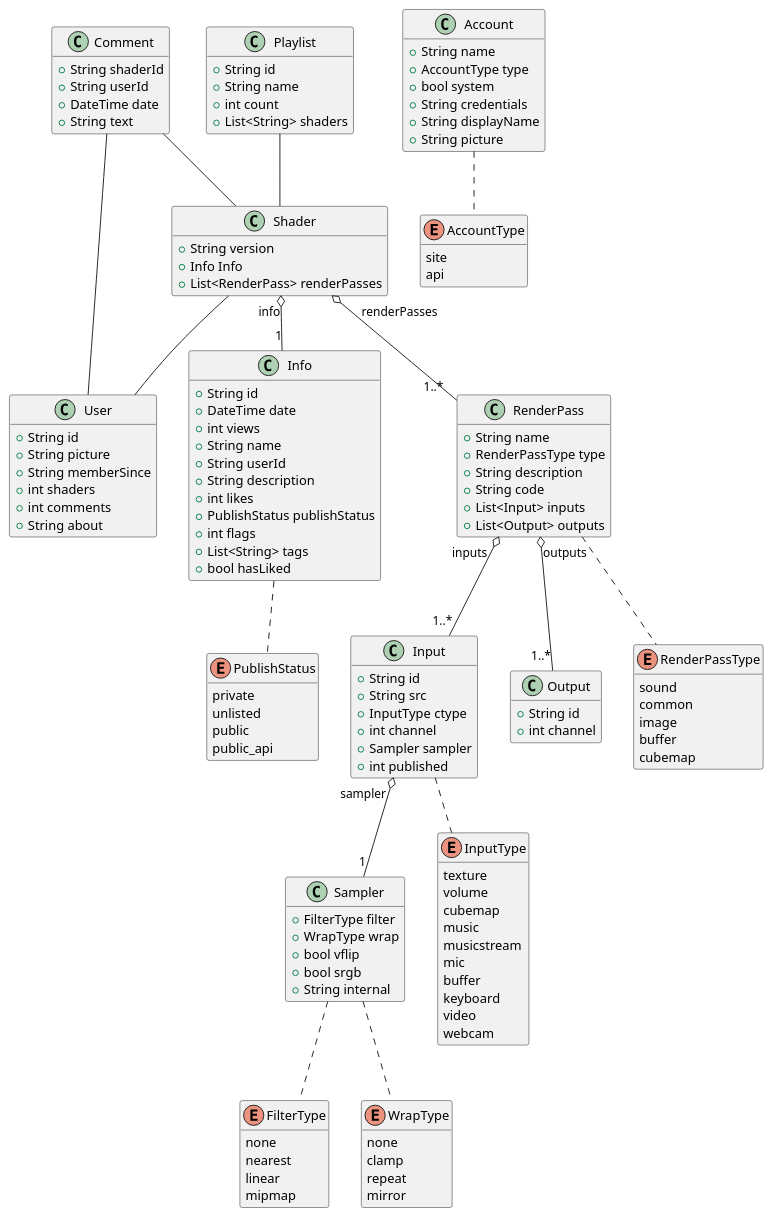
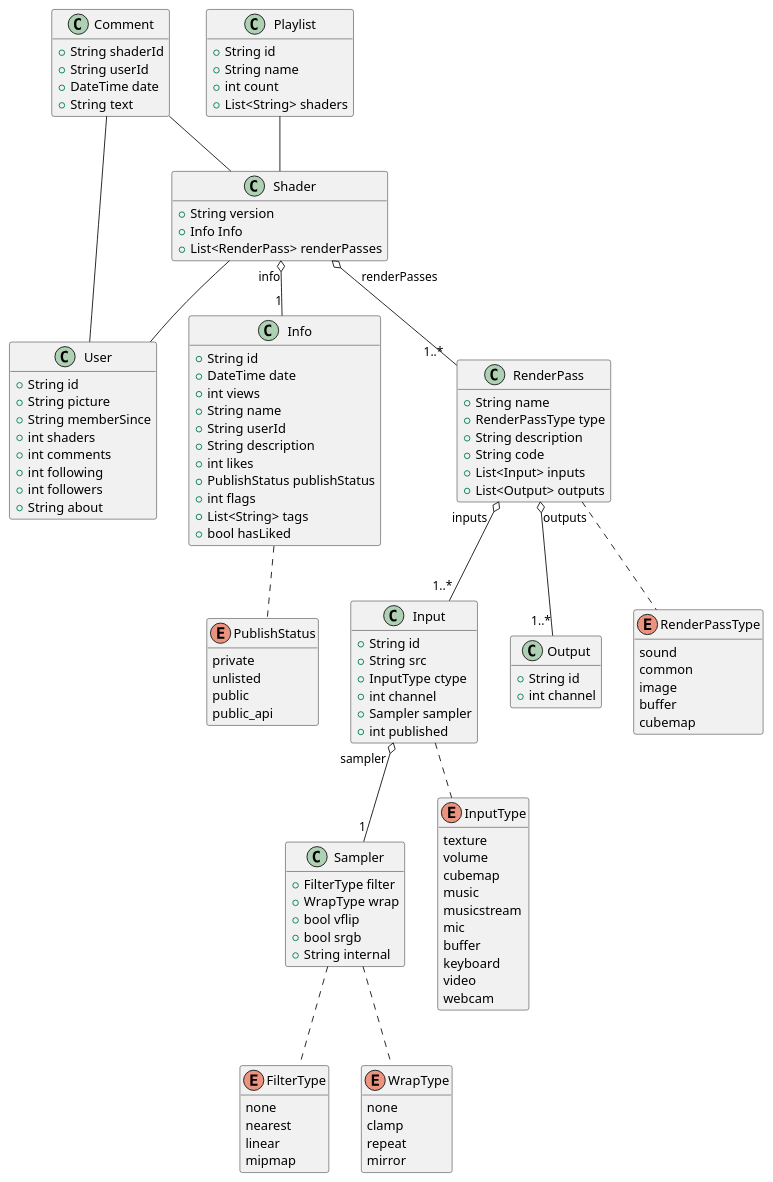
One commit to ivoleitao/shadertoy_api changed the diagram in model.pu. Above: the diagram before and after it, drawn with PlantUML. The commit also changed 32 other files, not shown here.

```diff
--- a/model.pu
+++ b/model.pu
@@ -1,155 +1,142 @@
 @startuml Shadertoy
 
 hide methods
 
 class User {
  +String id
  +String picture
  +String memberSince
  +int shaders
  +int comments 
+ +int following
+ +int followers
  +String about
-}
-
-enum AccountType {
-    site
-    api
-}
-
-class Account {
-    +String name
-    +AccountType type
-    +bool system
-    +String credentials
-    +String displayName
-    +String picture
 }
 
 class Comment {
     +String shaderId
     +String userId
     +DateTime date
     +String text
 }
 
 enum PublishStatus {
     private
     unlisted
     public
     public_api
 }
 
 class Info {
     +String id
     +DateTime date
     +int views 
     +String name
     +String userId
     +String description
     +int likes
     +PublishStatus publishStatus
     +int flags
     +List<String> tags
     +bool hasLiked
 }
 
 enum FilterType {
     none
     nearest
     linear
     mipmap
 }
 
 enum WrapType {
     none
     clamp
     repeat
     mirror
 }
 
 class Sampler {
     +FilterType filter
     +WrapType wrap
     +bool vflip
     +bool srgb
     +String internal
 }
 
 enum InputType {
     texture
     volume
     cubemap
     music
     musicstream
     mic
     buffer
     keyboard
     video
     webcam
 }
 
 class Input {
     +String id
     +String src
     +InputType ctype
     +int channel
     +Sampler sampler
     +int published
 }
 
 class Output {
     +String id
     +int channel
 }
 
 enum RenderPassType {
     sound
     common
     image
     buffer
     cubemap
 }
 
 class RenderPass {
     +String name
     +RenderPassType type
     +String description
     +String code
     +List<Input> inputs
     +List<Output> outputs
 
 }
 
 class Shader {
     +String version
     +Info Info
     +List<RenderPass> renderPasses
 }
 
 class Playlist {
     +String id
     +String name
     +int count
     +List<String> shaders
 }
 
-Account .. AccountType
 Info  .. PublishStatus
 Sampler .. FilterType
 Sampler .. WrapType
 Input .. InputType
 RenderPass .. RenderPassType
 
 Shader "info" o-- "1" Info
 Shader "     renderPasses" o-- "1..*  " RenderPass
 RenderPass "inputs  " o-- "1..*" Input
 RenderPass "outputs" o-- "1..*" Output
 Input "sampler " o-- "1" Sampler
 
 Shader -- User
 Playlist -- Shader
 Comment -- Shader
 Comment -- User
 
 
 @enduml
```
